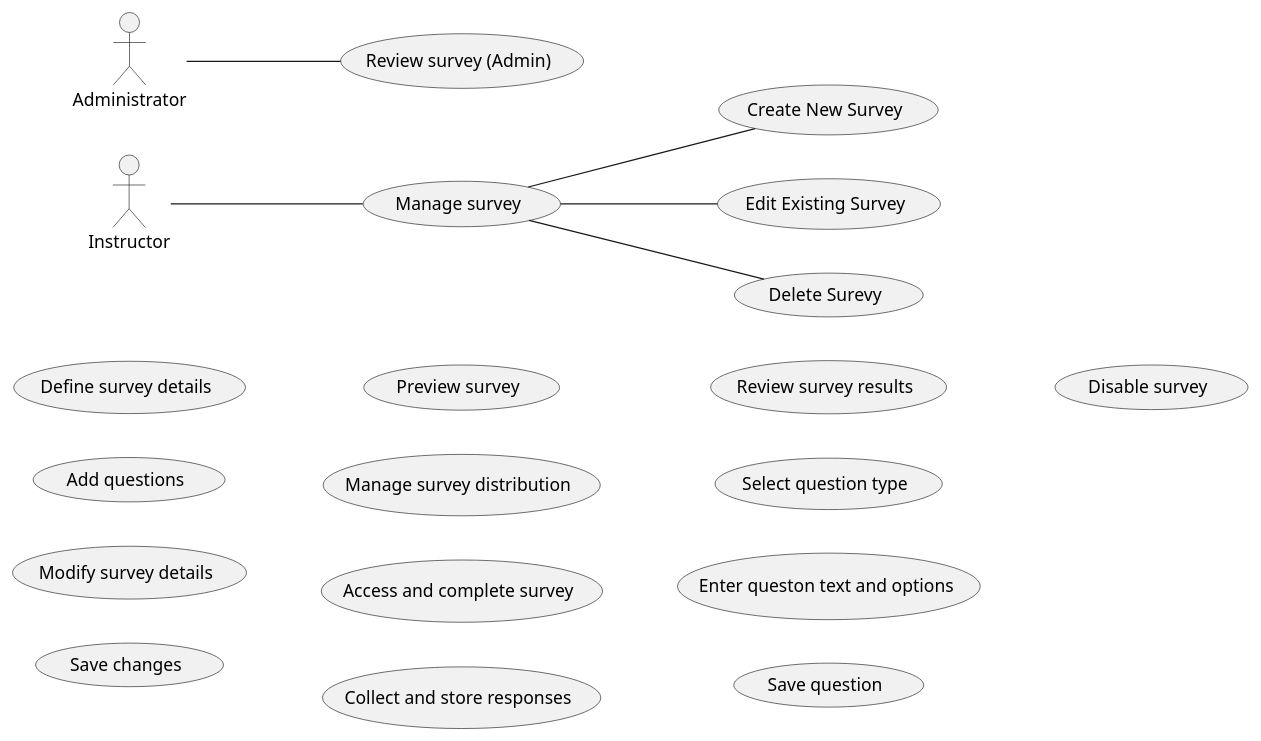
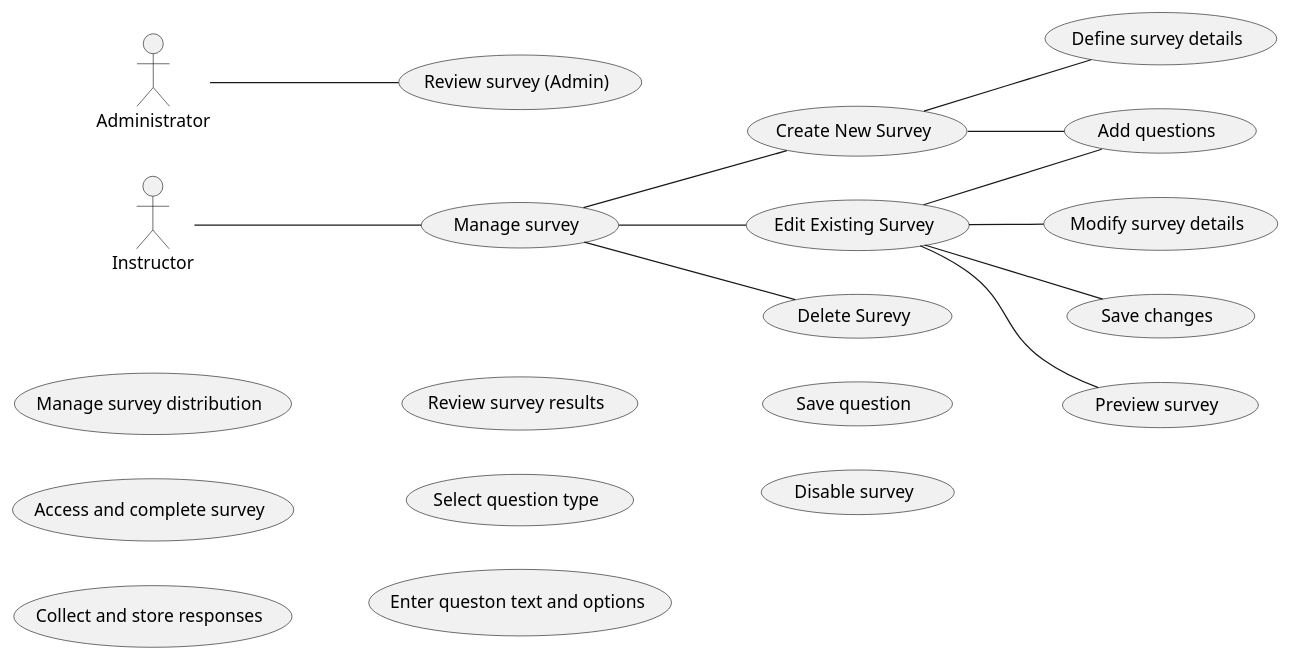
Before and after one commit to bahati7/MKB-cohort-2-Demo: the diagram in doc/usecases/plantUML/manage_survey_usecase.puml, drawn with PlantUML.

Commit message:
#23 Diagramming the manage survey use case: I implemented the role-action association of Create new survey and Edit existing survey

```diff
--- a/doc/usecases/plantUML/manage_survey_usecase.puml
+++ b/doc/usecases/plantUML/manage_survey_usecase.puml
@@ -1,34 +1,45 @@
 @startuml
 
 left to right direction
 
 actor Instructor
 actor Administrator
 
 usecase "Manage survey" as ManageSurvey
 usecase "Create New Survey" as CreateNewSurvey
 usecase "Edit Existing Survey" as EditSurvey
 usecase "Delete Surevy" as DeleteSurvey
 usecase "Define survey details" as DefineDetails
 usecase "Add questions" as AddQuestions
 usecase "Modify survey details" as ModifyDetails
 usecase "Save changes" as SaveChanges
 usecase "Preview survey" as PreviewSurvey
 usecase "Manage survey distribution" as ManageDistribution
 usecase "Access and complete survey" as CompleteSurvey
 usecase "Collect and store responses" as StoreResponses
 usecase "Review survey results" as ReviewResults
 usecase "Select question type" as SelectQuestionType
 usecase "Enter queston text and options" as EnterQuestionOptions
 usecase "Save question" as SaveQuestion
 usecase "Review survey (Admin)" as ReviewSurveyAdmin
 usecase "Disable survey" as DisableSurvey 
 
 Instructor -- ManageSurvey
 Administrator -- ReviewSurveyAdmin
 
 ManageSurvey -- CreateNewSurvey
 ManageSurvey -- EditSurvey
 ManageSurvey -- DeleteSurvey
 
+CreateNewSurvey -- DefineDetails
+CreateNewSurvey -- AddQuestions 
+EditSurvey -- ModifyDetails
+EditSurvey -- AddQuestions
+EditSurvey -- SaveChanges
+EditSurvey -- PreviewSurvey
+
+
+
+
+
 @enduml
```
